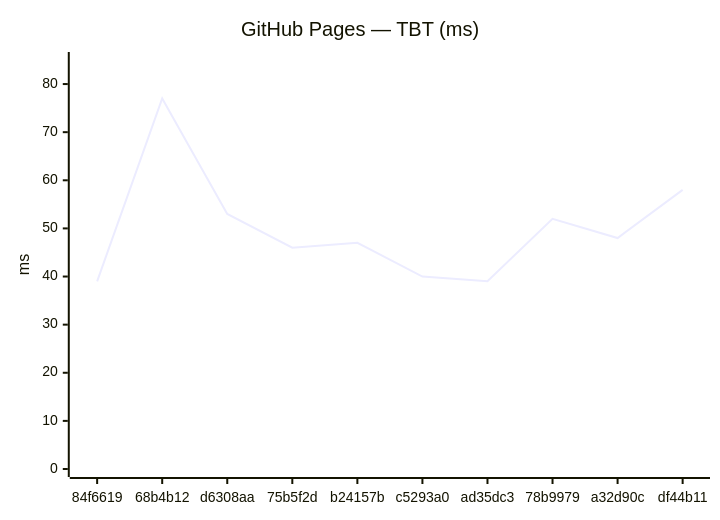
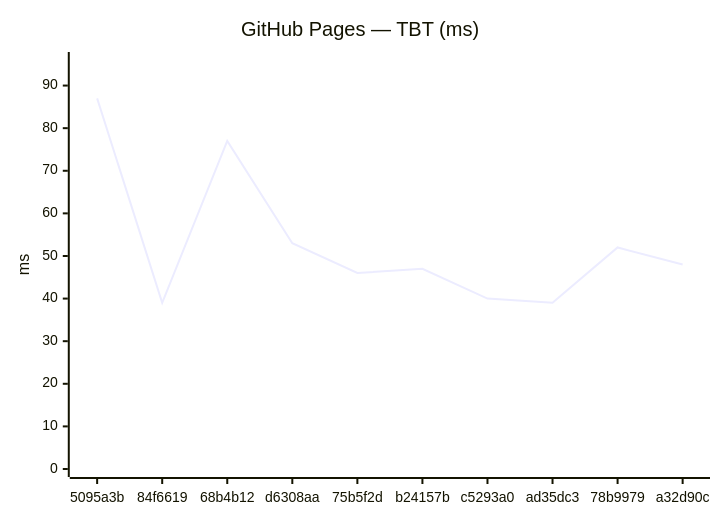
One commit to Metaheurist/Rianell changed the fourth of 18 diagrams in benchmarks/compare.md. Above: the diagram before and after it, drawn with Mermaid. The commit also changed other lines of this file and 11 other files, not shown here.

````diff
--- a/benchmarks/compare.md
+++ b/benchmarks/compare.md
@@ -61,7 +61,7 @@
 ```mermaid
 xychart-beta
     title "GitHub Pages — TBT (ms)"
-    x-axis ["84f6619", "68b4b12", "d6308aa", "75b5f2d", "b24157b", "c5293a0", "ad35dc3", "78b9979", "a32d90c", "df44b11"]
-    y-axis "ms" 0 --> 85
-    line [39, 77, 53, 46, 47, 40, 39, 52, 48, 58]
+    x-axis ["5095a3b", "84f6619", "68b4b12", "d6308aa", "75b5f2d", "b24157b", "c5293a0", "ad35dc3", "78b9979", "a32d90c"]
+    y-axis "ms" 0 --> 96
+    line [87, 39, 77, 53, 46, 47, 40, 39, 52, 48]
 ```
````
